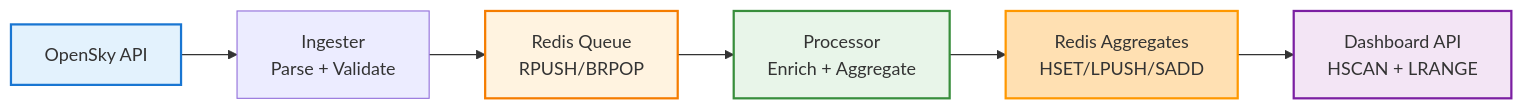
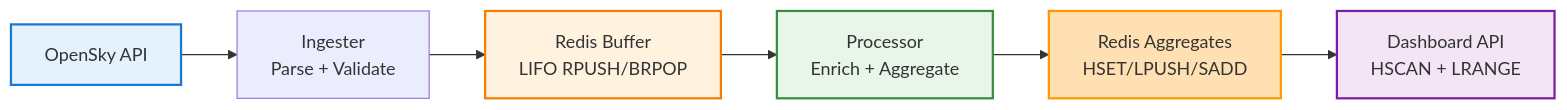
One commit to ClementV78/CloudRadar changed the seventh of 10 diagrams in docs/architecture/technical-architecture-summary.md. Above: the diagram before and after it, drawn with Mermaid. The commit also changed other lines of this file and 2 other files, not shown here.

First line of the commit message:
docs(architecture): align EN/FR summaries and app architecture

````diff
--- a/docs/architecture/technical-architecture-summary.md
+++ b/docs/architecture/technical-architecture-summary.md
@@ -324,17 +328,17 @@
 ```mermaid
 graph LR
     A[OpenSky API]
     B[Ingester<br/>Parse + Validate]
-    C[Redis Queue<br/>RPUSH/BRPOP]
+    C[Redis Buffer<br/>LIFO RPUSH/BRPOP]
     D[Processor<br/>Enrich + Aggregate]
     E[Redis Aggregates<br/>HSET/LPUSH/SADD]
     F[Dashboard API<br/>HSCAN + LRANGE]
     
     A --> B --> C --> D --> E --> F
     
     style A fill:#e3f2fd,stroke:#1976d2,stroke-width:2px
     style C fill:#fff3e0,stroke:#f57c00,stroke-width:2px
     style D fill:#e8f5e9,stroke:#388e3c,stroke-width:2px
     style E fill:#ffe0b2,stroke:#ff9800,stroke-width:2px
     style F fill:#f3e5f5,stroke:#7b1fa2,stroke-width:2px
 ```
````
